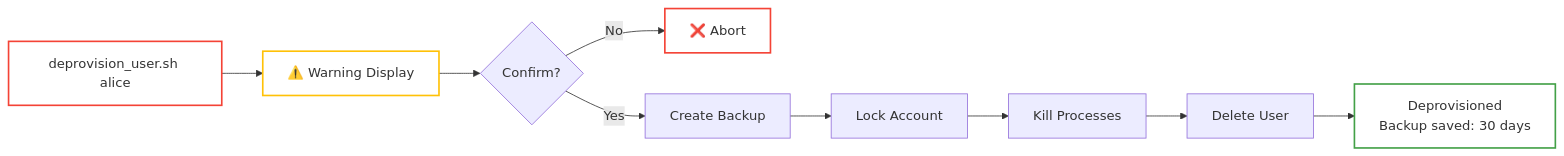
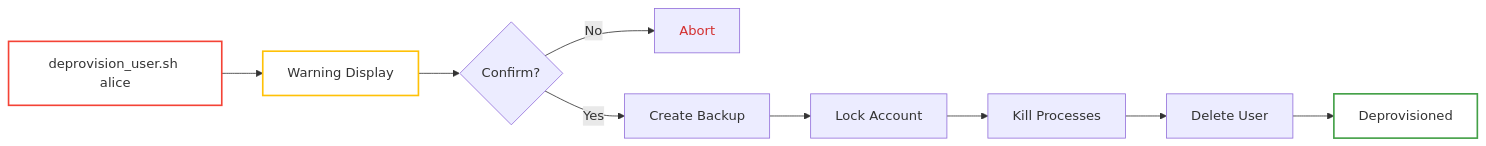
One commit to aaronwittchen/Automated-Storage-Provisioning-Tool changed the eighth of 8 diagrams in docs/architecture.md. Above: the diagram before and after it, drawn with Mermaid. The commit also changed other lines of this file, not shown here.

````diff
--- a/docs/architecture.md
+++ b/docs/architecture.md
@@ -370,16 +372,16 @@
 ```mermaid
 graph LR
-    A["deprovision_user.sh alice"] --> B["⚠️ Warning Display"]
+    A["deprovision_user.sh alice"] --> B["Warning Display"]
     B --> C{Confirm?}
-    C -->|No| D["❌ Abort"]
+    C -->|No| D["Abort"]
     C -->|Yes| E["Create Backup"]
     E --> F["Lock Account"]
     F --> G["Kill Processes"]
     G --> H["Delete User"]
-    H --> I["Deprovisioned<br/>Backup saved: 30 days"]
+    H --> I["Deprovisioned"]
     
     style A stroke:#f44336,stroke-width:2px,fill:none
     style B stroke:#ffc107,stroke-width:2px,fill:none
     style I stroke:#43a047,stroke-width:2px,fill:none
-    style D stroke:#f44336,stroke-width:2px,fill:none
+    style D color:#d32f2f
 ```
````
